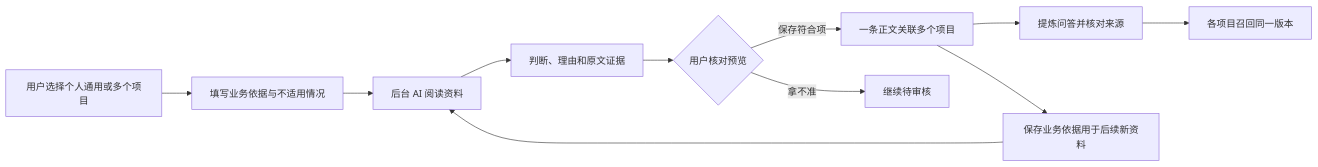
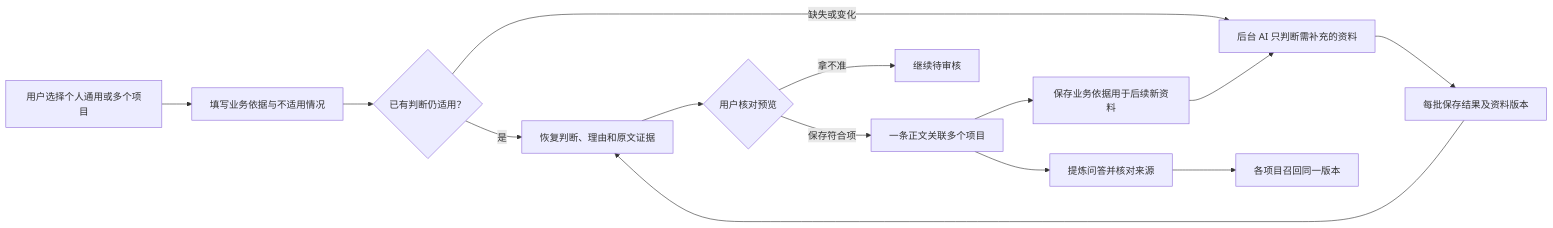
The second of 2 diagrams in docs/context-core.md (1942293420/Evolvmem_MCP), drawn with Mermaid before and after one commit. The commit also changed other lines of this file and 7 other files, not shown here.

````diff
--- a/docs/context-core.md
+++ b/docs/context-core.md
@@ -182,13 +184,16 @@
 ```mermaid
 flowchart LR
   A[用户选择个人通用或多个项目] --> B[填写业务依据与不适用情况]
-  B --> C[后台 AI 阅读资料]
-  C --> D[判断、理由和原文证据]
+  B --> K{已有判断仍适用？}
+  K -->|是| D[恢复判断、理由和原文证据]
+  K -->|缺失或变化| C[后台 AI 只判断需补充的资料]
+  C --> L[每批保存结果及资料版本]
+  L --> D
   D --> E{用户核对预览}
   E -->|保存符合项| F[一条正文关联多个项目]
   E -->|拿不准| G[继续待审核]
   F --> H[提炼问答并核对来源]
   H --> I[各项目召回同一版本]
   F --> J[保存业务依据用于后续新资料]
   J --> C
 ```
````
